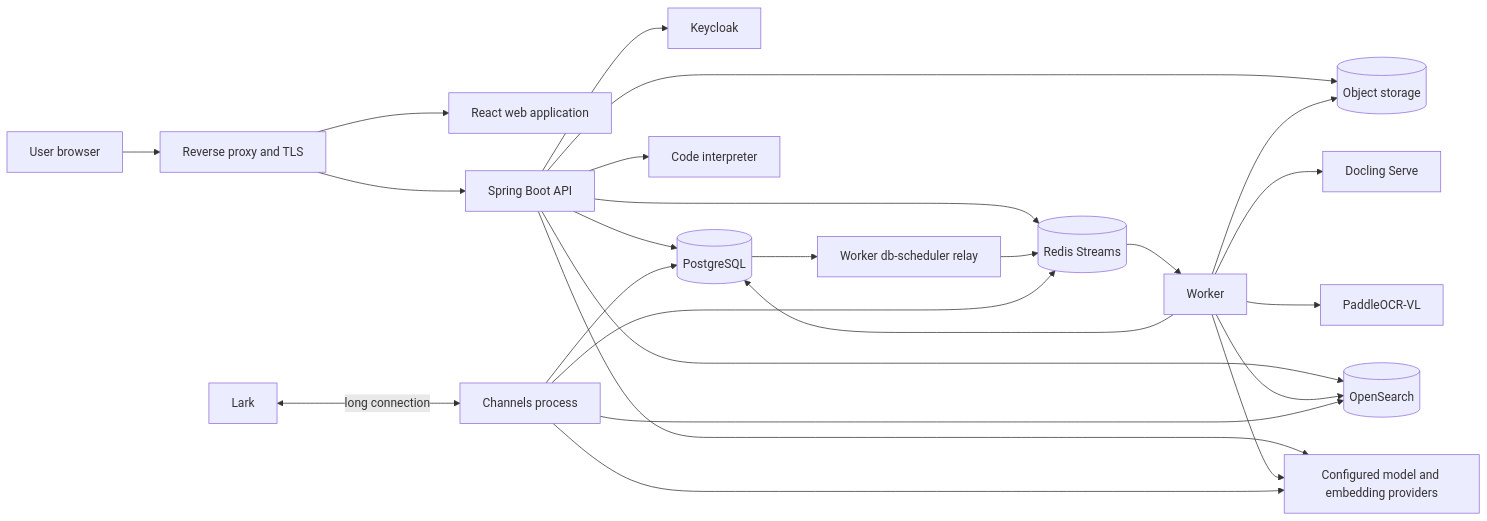
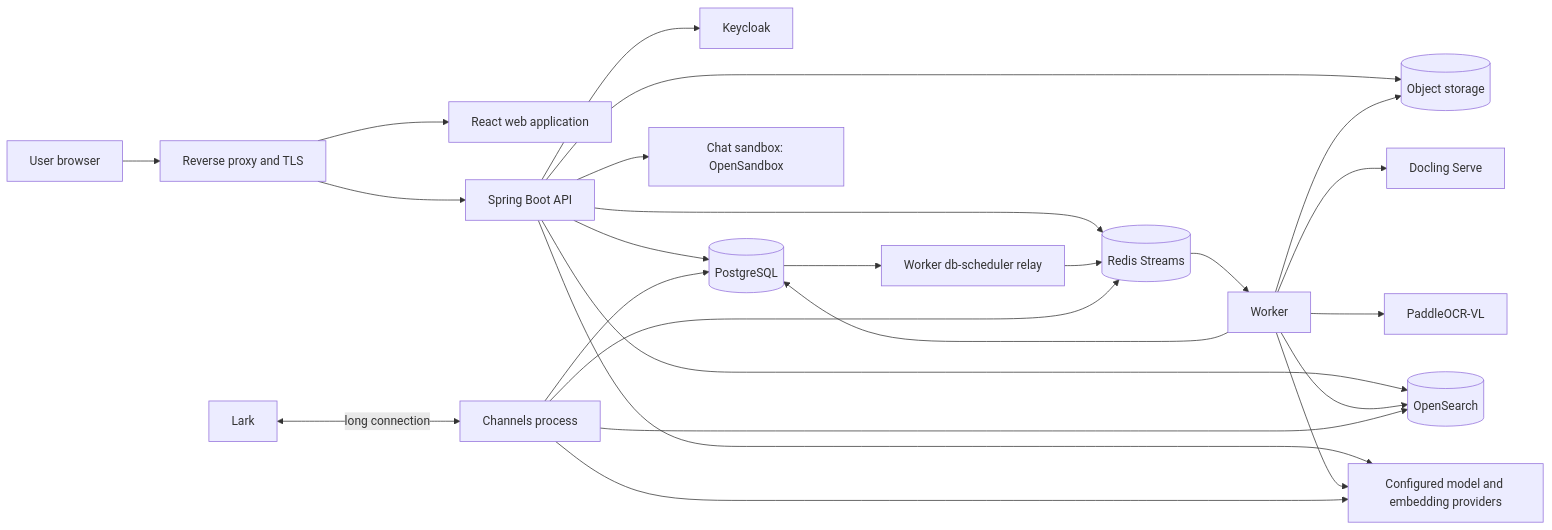
Before and after one commit to kl3inIT/MemoryOS: the first of 6 diagrams in ARCHITECTURE.md, drawn with Mermaid. The commit also changed other lines of this file and 35 other files, not shown here.

````diff
--- a/ARCHITECTURE.md
+++ b/ARCHITECTURE.md
@@ -9,30 +9,30 @@
 ```mermaid
 flowchart LR
     U[User browser] --> RP[Reverse proxy and TLS]
     RP --> WEB[React web application]
     RP --> API[Spring Boot API]
 
     API --> KC[Keycloak]
     API --> PG[(PostgreSQL)]
     API --> S3[(Object storage)]
     API --> OS[(OpenSearch)]
     API --> LLM[Configured model and embedding providers]
     API --> RS[(Redis Streams)]
-    API --> INTERP[Code interpreter]
+    API --> SANDBOX[Chat sandbox: OpenSandbox]
 
     PG --> RELAY[Worker db-scheduler relay]
     RELAY --> RS
     RS --> WORKER[Worker]
     WORKER --> PG
     WORKER --> S3
     WORKER --> DOC[Docling Serve]
     WORKER --> PVL[PaddleOCR-VL]
     WORKER --> OS
     WORKER --> LLM
 
     LARK[Lark] <-->|long connection| CH[Channels process]
     CH --> PG
     CH --> RS
     CH --> OS
     CH --> LLM
 ```
````
